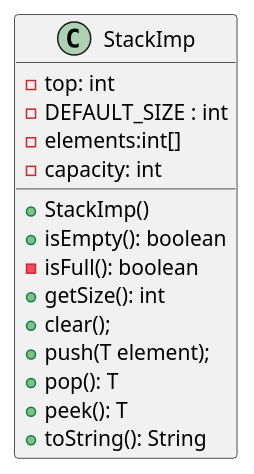
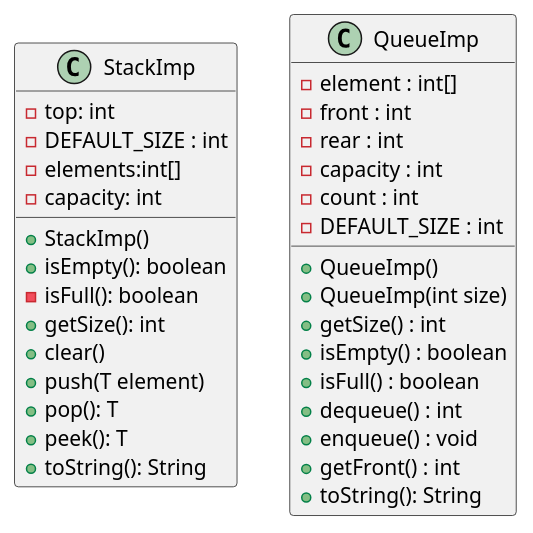
The diagram in UML/diagram.puml (jgrospe92/Calculator), drawn with PlantUML before and after one commit. The commit also changed 1 other file, not shown here.

```diff
--- a/UML/diagram.puml
+++ b/UML/diagram.puml
@@ -2,17 +2,35 @@
 @startuml
 class StackImp{
   - top: int
   - DEFAULT_SIZE : int
   - elements:int[]
   - capacity: int
   + StackImp()
   + isEmpty(): boolean
   - isFull(): boolean
   + getSize(): int
-  + clear();
-  + push(T element);
+  + clear()
+  + push(T element)
   + pop(): T
   + peek(): T
   + toString(): String
 }
+
+class QueueImp{
+  - element : int[]
+  - front : int
+  - rear : int
+  - capacity : int
+  - count : int
+  - DEFAULT_SIZE : int
+  + QueueImp()
+  + QueueImp(int size)
+  + getSize() : int
+  + isEmpty() : boolean
+  + isFull() : boolean
+  + dequeue() : int
+  + enqueue() : void
+  + getFront() : int
+  + toString(): String
+}
 @enduml
```
